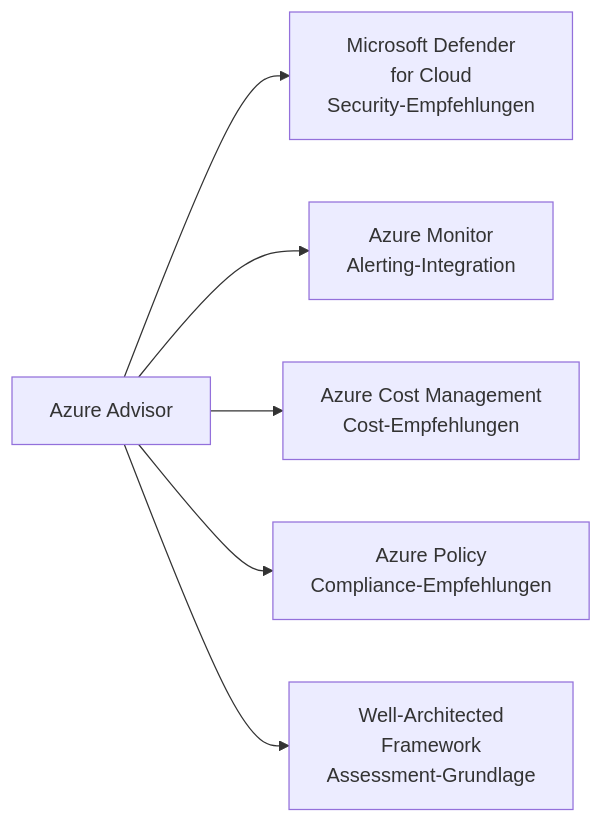
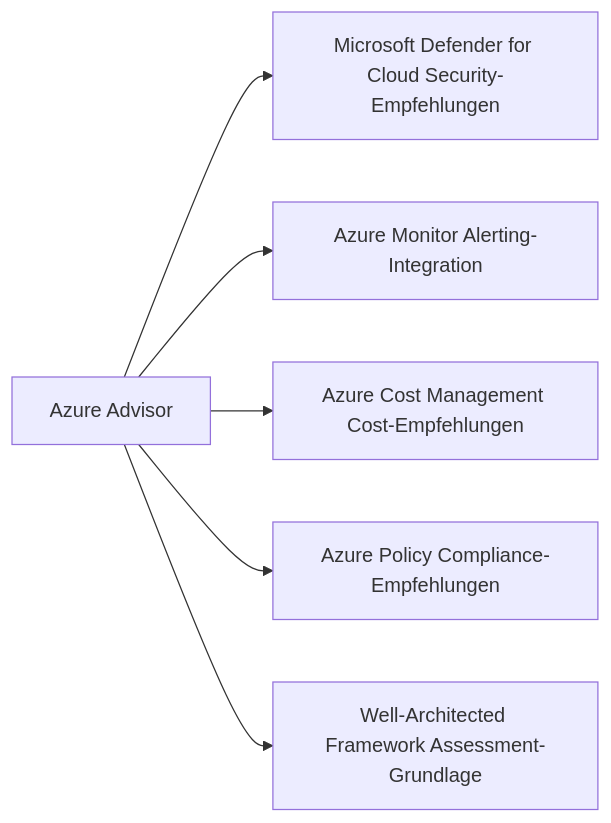
Before and after one commit to SoniiiT/notes-n-docs: the second of 2 diagrams in Microsoft 365/Azure/Grundlagen/Azure Advisor.md, drawn with Mermaid. The commit also changed other lines of this file and 124 other files, not shown here.

First line of the commit message:
fix: Entferne \n aus allen Mermaid-Diagrammen (125 Dateien)

````diff
--- a/Microsoft 365/Azure/Grundlagen/Azure Advisor.md
+++ b/Microsoft 365/Azure/Grundlagen/Azure Advisor.md
@@ -202,8 +202,8 @@
 ```mermaid
 graph LR
-    ADV[Azure Advisor] --> DEFENDER[Microsoft Defender\nfor Cloud\nSecurity-Empfehlungen]
-    ADV --> MONITOR[Azure Monitor\nAlerting-Integration]
-    ADV --> COST[Azure Cost Management\nCost-Empfehlungen]
-    ADV --> POLICY[Azure Policy\nCompliance-Empfehlungen]
-    ADV --> WAF[Well-Architected\nFramework\nAssessment-Grundlage]
+    ADV[Azure Advisor] --> DEFENDER[Microsoft Defender for Cloud Security-Empfehlungen]
+    ADV --> MONITOR[Azure Monitor Alerting-Integration]
+    ADV --> COST[Azure Cost Management Cost-Empfehlungen]
+    ADV --> POLICY[Azure Policy Compliance-Empfehlungen]
+    ADV --> WAF[Well-Architected Framework Assessment-Grundlage]
 ```
````
